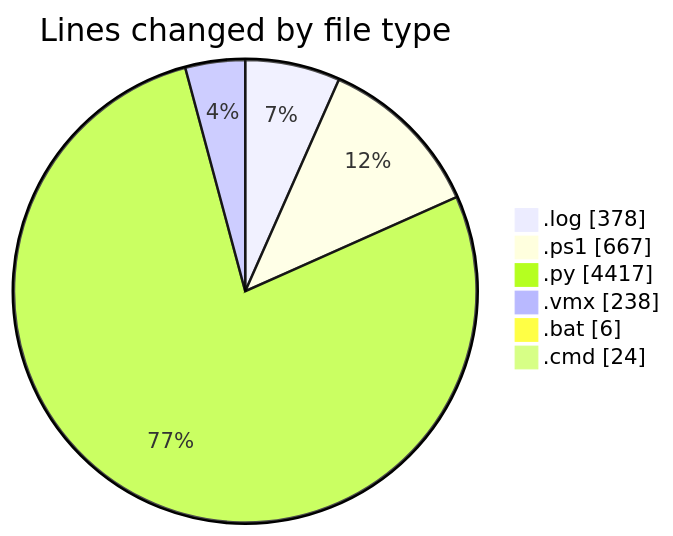
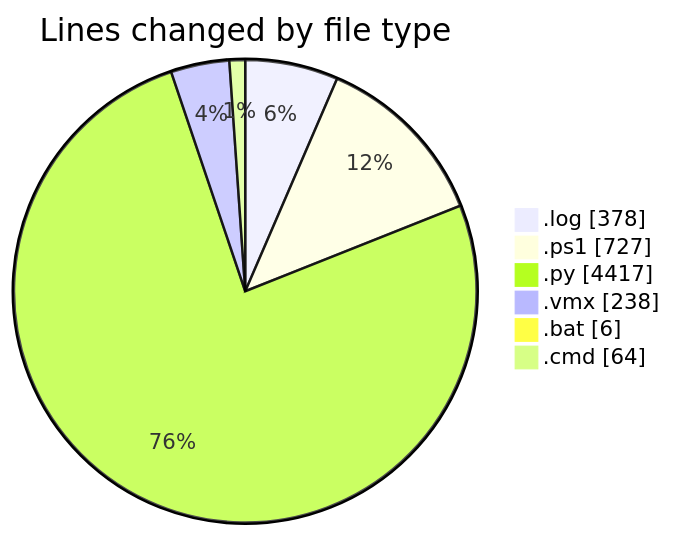
Before and after one commit to shibass792/code-tracking: the first of 2 diagrams in 2026-07-08/twenty_versions_aminor/README.md, drawn with Mermaid. The commit also changed other lines of this file and 1 other file, not shown here.

````diff
--- a/2026-07-08/twenty_versions_aminor/README.md
+++ b/2026-07-08/twenty_versions_aminor/README.md
@@ -52,10 +54,10 @@
 ```mermaid
 pie showData
 title Lines changed by file type
 ".log" : 378
-".ps1" : 667
+".ps1" : 727
 ".py" : 4417
 ".vmx" : 238
 ".bat" : 6
-".cmd" : 24
+".cmd" : 64
 ```
````
